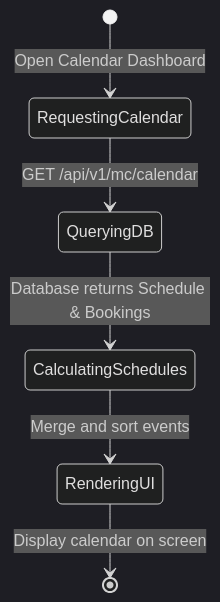
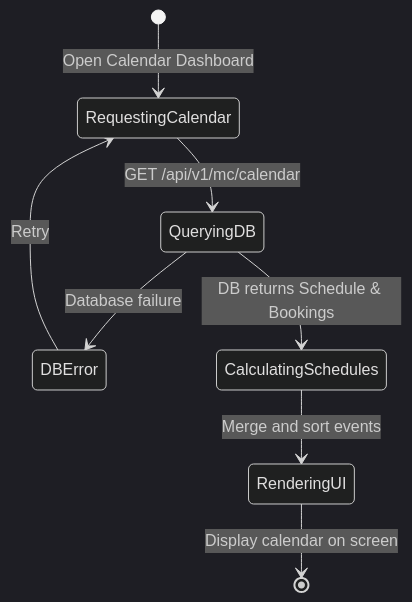
The ninth of 36 diagrams in UC_Backend_Design_Details.md (dat-21/SWD392), drawn with Mermaid (dark theme) before and after one commit. The commit also changed other lines of this file, not shown here.

Commit message:
feat: Refactor design documentation by removing the general system architecture diagram and adding specific high-level design diagrams for individual use cases.

````diff
--- a/UC_Backend_Design_Details.md
+++ b/UC_Backend_Design_Details.md
@@ -173,8 +207,10 @@
 ```mermaid
 stateDiagram-v2
     [*] --> RequestingCalendar: Open Calendar Dashboard
     RequestingCalendar --> QueryingDB: GET /api/v1/mc/calendar
-    QueryingDB --> CalculatingSchedules: Database returns Schedule & Bookings
+    QueryingDB --> DBError: Database failure
+    DBError --> RequestingCalendar: Retry
+    QueryingDB --> CalculatingSchedules: DB returns Schedule & Bookings
     CalculatingSchedules --> RenderingUI: Merge and sort events
     RenderingUI --> [*]: Display calendar on screen
 ```
````
